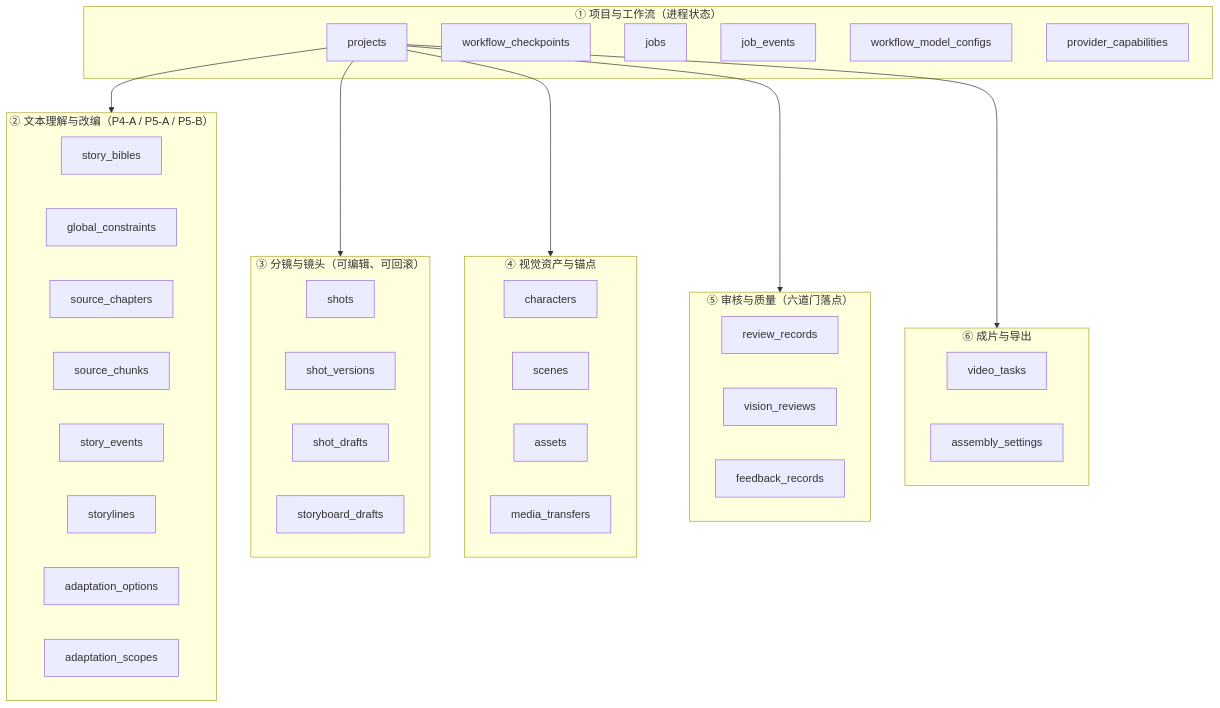
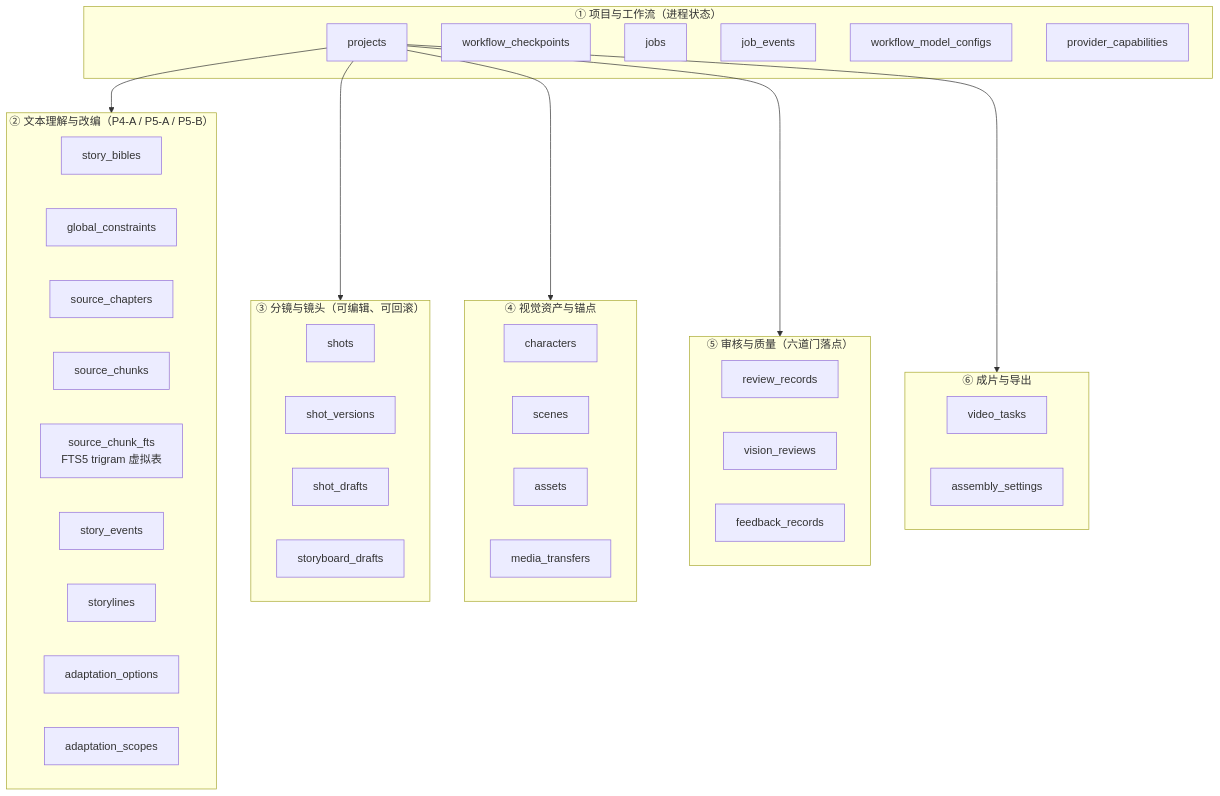
One commit to Bamzzo/VisionCraft changed the ninth of 22 diagrams in docs/visioncraft-diagrams.md. Above: the diagram before and after it, drawn with Mermaid. The commit also changed other lines of this file and 3 other files, not shown here.

First line of the commit message:
docs: 落档 P5-B-1/B-2、ark 线收敛、终测基线与图集

````diff
--- a/docs/visioncraft-diagrams.md
+++ b/docs/visioncraft-diagrams.md
@@ -294,53 +301,54 @@
 ```mermaid
 flowchart TB
   subgraph D1["① 项目与工作流（进程状态）"]
     projects
     workflow_checkpoints
     jobs
     job_events
     workflow_model_configs
     provider_capabilities
   end
 
   subgraph D2["② 文本理解与改编（P4-A / P5-A / P5-B）"]
     story_bibles
     global_constraints
     source_chapters
     source_chunks
+    source_chunk_fts["source_chunk_fts<br/>FTS5 trigram 虚拟表"]
     story_events
     storylines
     adaptation_options
     adaptation_scopes
   end
 
   subgraph D3["③ 分镜与镜头（可编辑、可回滚）"]
     shots
     shot_versions
     shot_drafts
     storyboard_drafts
   end
 
   subgraph D4["④ 视觉资产与锚点"]
     characters
     scenes
     assets
     media_transfers
   end
 
   subgraph D5["⑤ 审核与质量（六道门落点）"]
     review_records
     vision_reviews
     feedback_records
   end
 
   subgraph D6["⑥ 成片与导出"]
     video_tasks
     assembly_settings
   end
 
   projects --> D2
   projects --> D3
   projects --> D4
   projects --> D5
   projects --> D6
 ```
````
